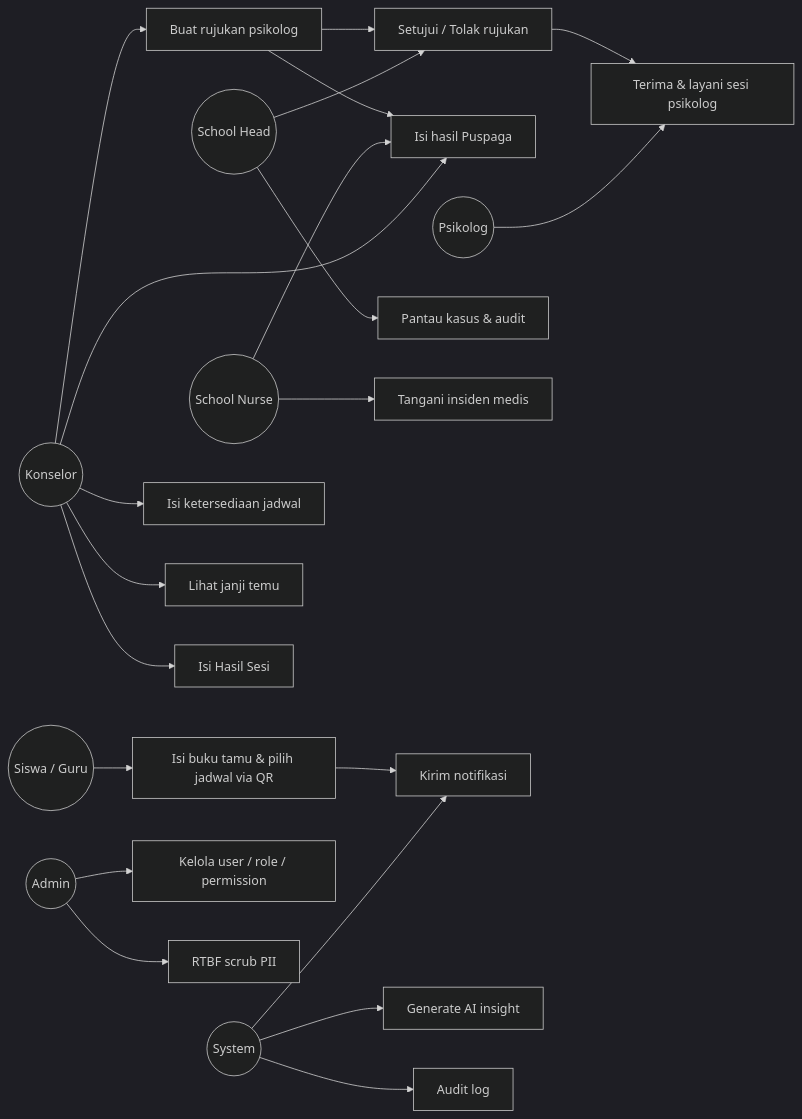
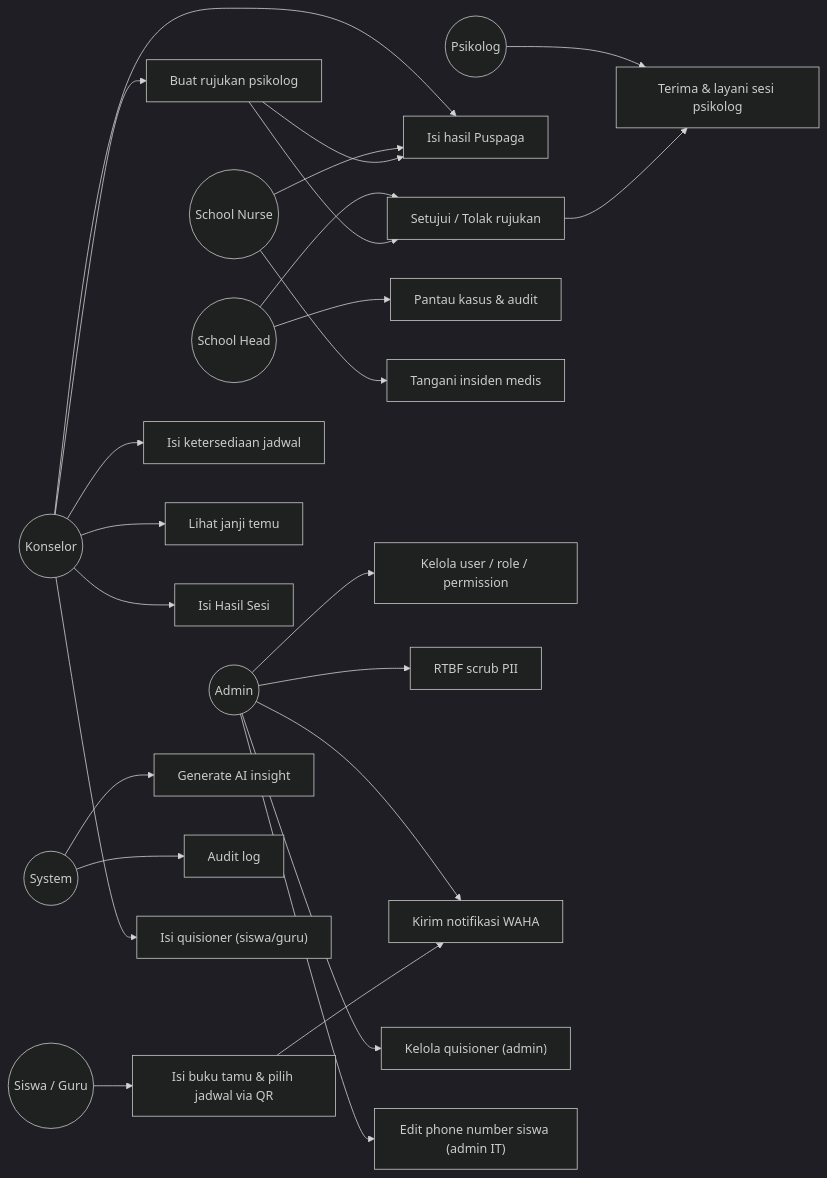
Before and after one commit to dedebono/SWIMS-HBICS: the second of 6 diagrams in README.md, drawn with Mermaid (dark theme). The commit also changed other lines of this file and 28 other files, not shown here.

````diff
--- a/README.md
+++ b/README.md
@@ -154,39 +163,42 @@
 ```mermaid
 flowchart LR
   SG(("Siswa / Guru"))
   KO(("Konselor"))
   PS(("Psikolog"))
   SH(("School Head"))
   NU(("School Nurse"))
   AD(("Admin"))
   SYS(("System"))
 
   UC0["Isi buku tamu & pilih jadwal via QR"]
   UC1["Isi ketersediaan jadwal"]
   UC2["Lihat janji temu"]
   UC3["Isi Hasil Sesi"]
   UC4["Buat rujukan psikolog"]
   UC5["Isi hasil Puspaga"]
   UC6["Terima & layani sesi psikolog"]
   UC7["Setujui / Tolak rujukan"]
   UC8["Pantau kasus & audit"]
   UC9["Tangani insiden medis"]
   UC10["Kelola user / role / permission"]
   UC11["RTBF scrub PII"]
-  UC12["Kirim notifikasi"]
+  UC12["Kirim notifikasi WAHA"]
   UC13["Generate AI insight"]
   UC14["Audit log"]
+  UC15["Kelola quisioner (admin)"]
+  UC16["Isi quisioner (siswa/guru)"]
+  UC17["Edit phone number siswa (admin IT)"]
 
   SG --> UC0
-  KO --> UC1 & UC2 & UC3 & UC4 & UC5
+  KO --> UC1 & UC2 & UC3 & UC4 & UC5 & UC16
   PS --> UC6
   SH --> UC7 & UC8
   NU --> UC9 & UC5
-  AD --> UC10 & UC11
-  SYS --> UC12 & UC13 & UC14
+  AD --> UC10 & UC11 & UC12 & UC15 & UC17
+  SYS --> UC13 & UC14
 
   UC0 --> UC12
   UC4 --> UC7
   UC7 --> UC6
   UC4 --> UC5
 ```
````
